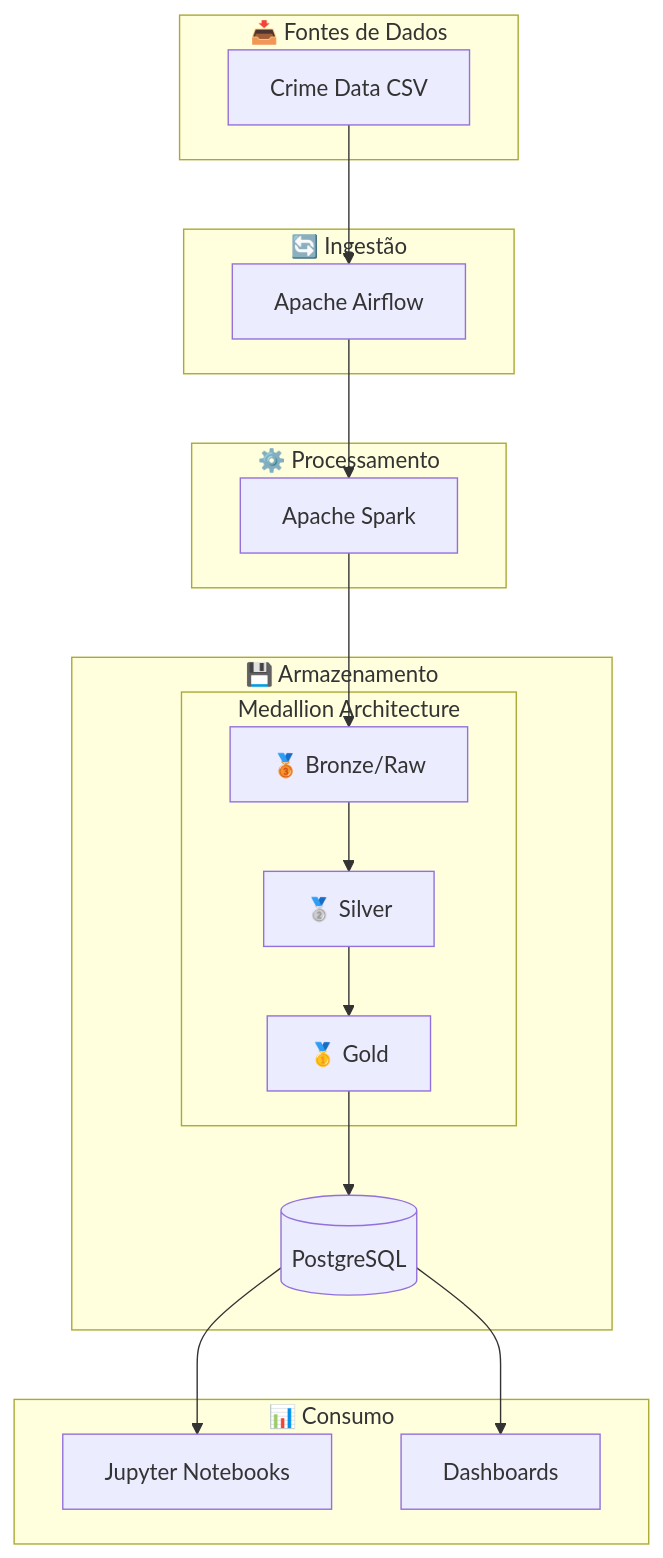
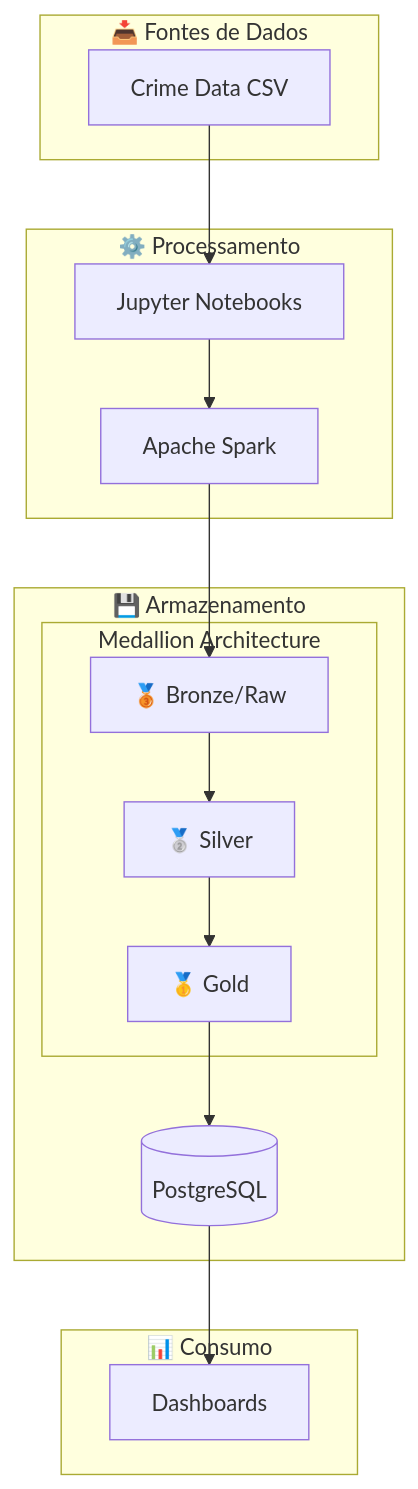
Before and after one commit to dcasseb/SBD2: the diagram in docs/overview/arquitetura.md, drawn with Mermaid. The commit also changed other lines of this file and 27 other files, not shown here.

First line of the commit message:
refactor: remove Airflow, simplify architecture and add ETL data pipeline

````diff
--- a/docs/overview/arquitetura.md
+++ b/docs/overview/arquitetura.md
@@ -9,37 +9,32 @@
 ```mermaid
 flowchart TB
     subgraph Sources["📥 Fontes de Dados"]
         CSV[Crime Data CSV]
     end
     
-    subgraph Ingestion["🔄 Ingestão"]
-        Airflow[Apache Airflow]
-    end
-    
     subgraph Processing["⚙️ Processamento"]
+        Jupyter[Jupyter Notebooks]
         Spark[Apache Spark]
     end
     
     subgraph Storage["💾 Armazenamento"]
         subgraph Medallion["Medallion Architecture"]
             Bronze[🥉 Bronze/Raw]
             Silver[🥈 Silver]
             Gold[🥇 Gold]
         end
         Postgres[(PostgreSQL)]
     end
     
     subgraph Consumption["📊 Consumo"]
-        Jupyter[Jupyter Notebooks]
         Dashboards[Dashboards]
     end
     
-    CSV --> Airflow
-    Airflow --> Spark
+    CSV --> Jupyter
+    Jupyter --> Spark
     Spark --> Bronze
     Bronze --> Silver
     Silver --> Gold
     Gold --> Postgres
-    Postgres --> Jupyter
     Postgres --> Dashboards
 ```
````
